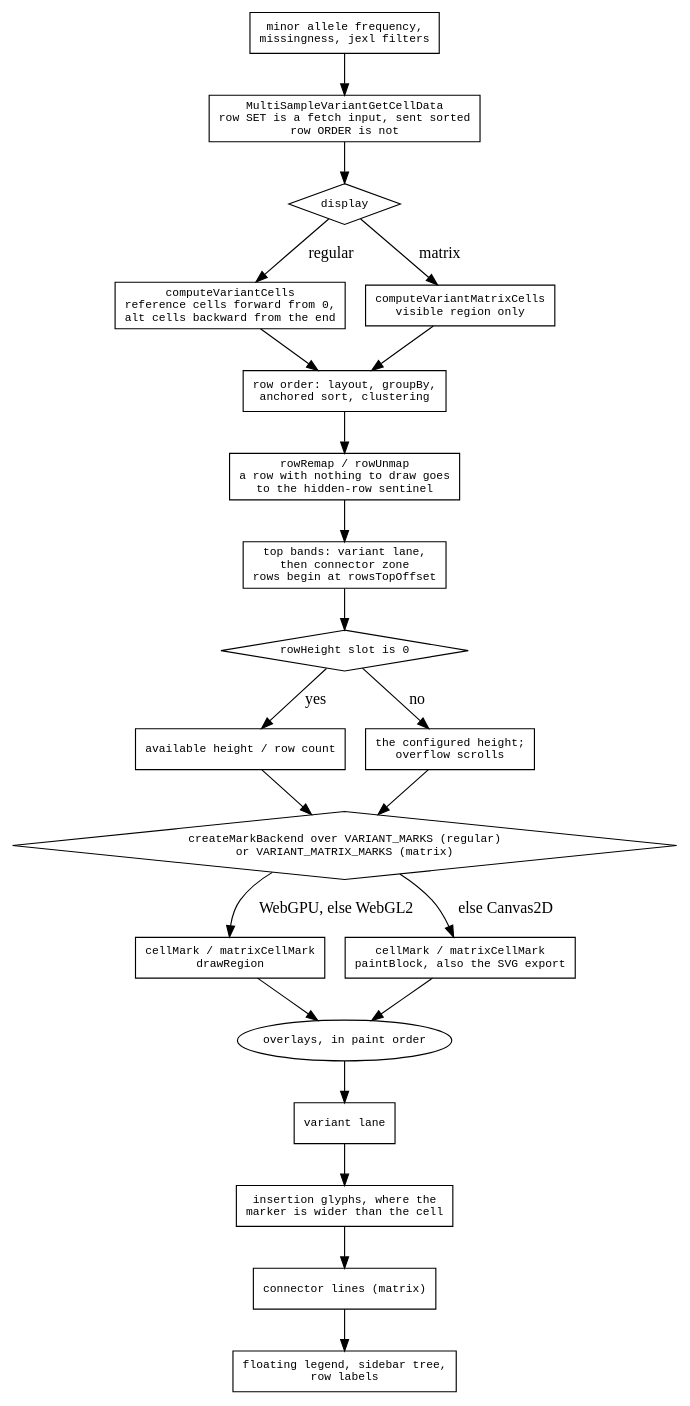
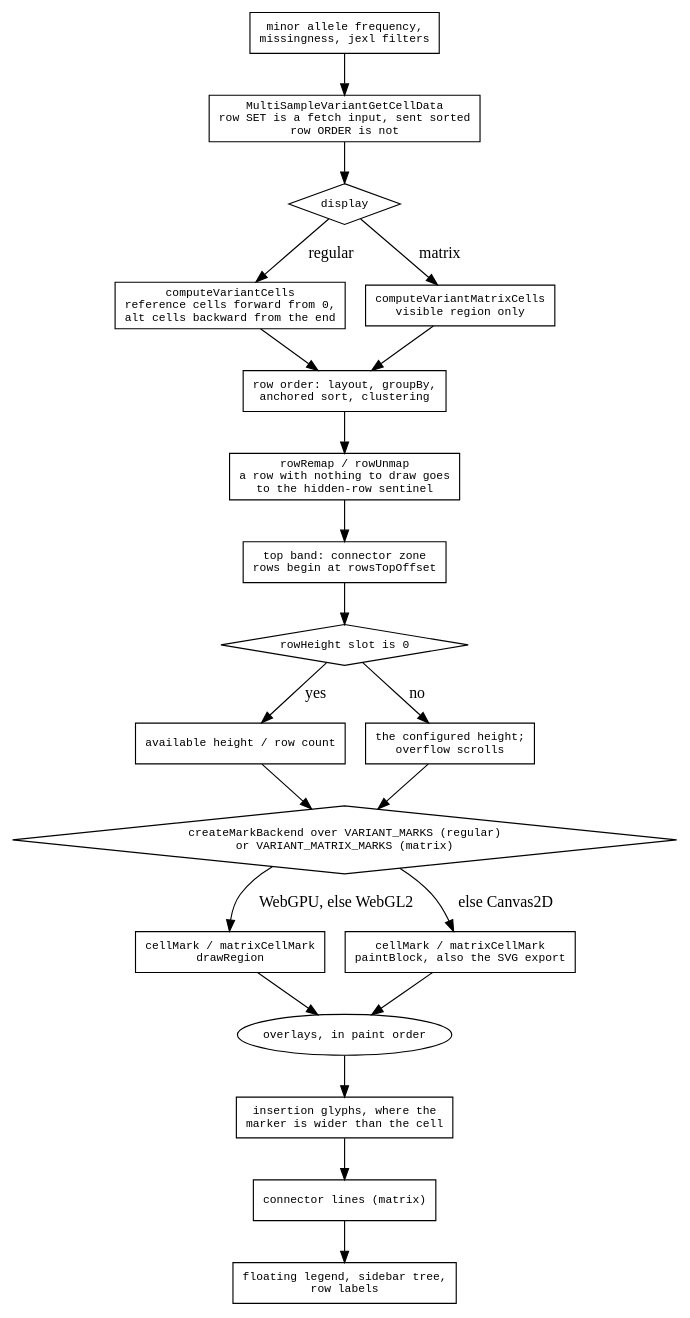
Before and after one commit to GMOD/jbrowse-components: the diagram in agent-docs/reference/diagrams/variants-draw.dot, drawn with Graphviz. The commit also changed 66 other files, not shown here.

First line of the commit message:
Drop the variant lane: nested SVs stack in a LinearVariantDisplay track, not a one-row band

```diff
--- a/agent-docs/reference/diagrams/variants-draw.dot
+++ b/agent-docs/reference/diagrams/variants-draw.dot
@@ -1,44 +1,43 @@
 digraph variant_draw {
   rankdir=TB
   node [shape=box fontname=monospace fontsize=10]
   { node [shape=diamond] mode; fit; backend }
 
   filters [label="minor allele frequency,\nmissingness, jexl filters"]
   rpc     [label="MultiSampleVariantGetCellData\nrow SET is a fetch input, sent sorted\nrow ORDER is not"]
   filters -> rpc -> mode
 
   mode [label="display"]
   mode -> cells  [label=" regular"]
   mode -> mcells [label=" matrix"]
   cells  [label="computeVariantCells\nreference cells forward from 0,\nalt cells backward from the end"]
   mcells [label="computeVariantMatrixCells\nvisible region only"]
 
   order [label="row order: layout, groupBy,\nanchored sort, clustering"]
   cells -> order  mcells -> order
 
   remap [label="rowRemap / rowUnmap\na row with nothing to draw goes\nto the hidden-row sentinel"]
   order -> remap -> bands
 
-  bands [label="top bands: variant lane,\nthen connector zone\nrows begin at rowsTopOffset"]
+  bands [label="top band: connector zone\nrows begin at rowsTopOffset"]
   bands -> fit
   fit [label="rowHeight slot is 0"]
   fit -> fitauto [label=" yes"]
   fit -> fitconf [label=" no"]
   fitauto [label="available height / row count"]
   fitconf [label="the configured height;\noverflow scrolls"]
   fitauto -> backend  fitconf -> backend
 
   backend [label="createMarkBackend over VARIANT_MARKS (regular)\nor VARIANT_MATRIX_MARKS (matrix)"]
   backend -> gpu [label=" WebGPU, else WebGL2"]
   backend -> c2d [label=" else Canvas2D"]
   gpu [label="cellMark / matrixCellMark\ndrawRegion"]
   c2d [label="cellMark / matrixCellMark\npaintBlock, also the SVG export"]
 
   overlays [label="overlays, in paint order", shape=oval]
   gpu -> overlays  c2d -> overlays
-  overlays -> lane -> glyphs -> conn -> legend
-  lane   [label="variant lane"]
+  overlays -> glyphs -> conn -> legend
   glyphs [label="insertion glyphs, where the\nmarker is wider than the cell"]
   conn   [label="connector lines (matrix)"]
   legend [label="floating legend, sidebar tree,\nrow labels"]
 }
```
